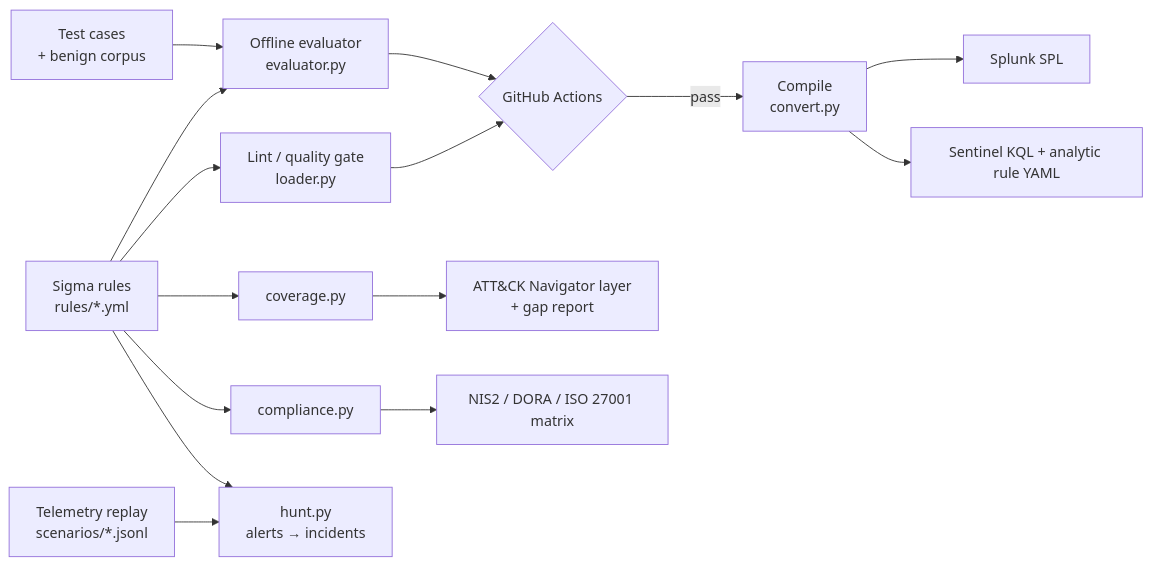
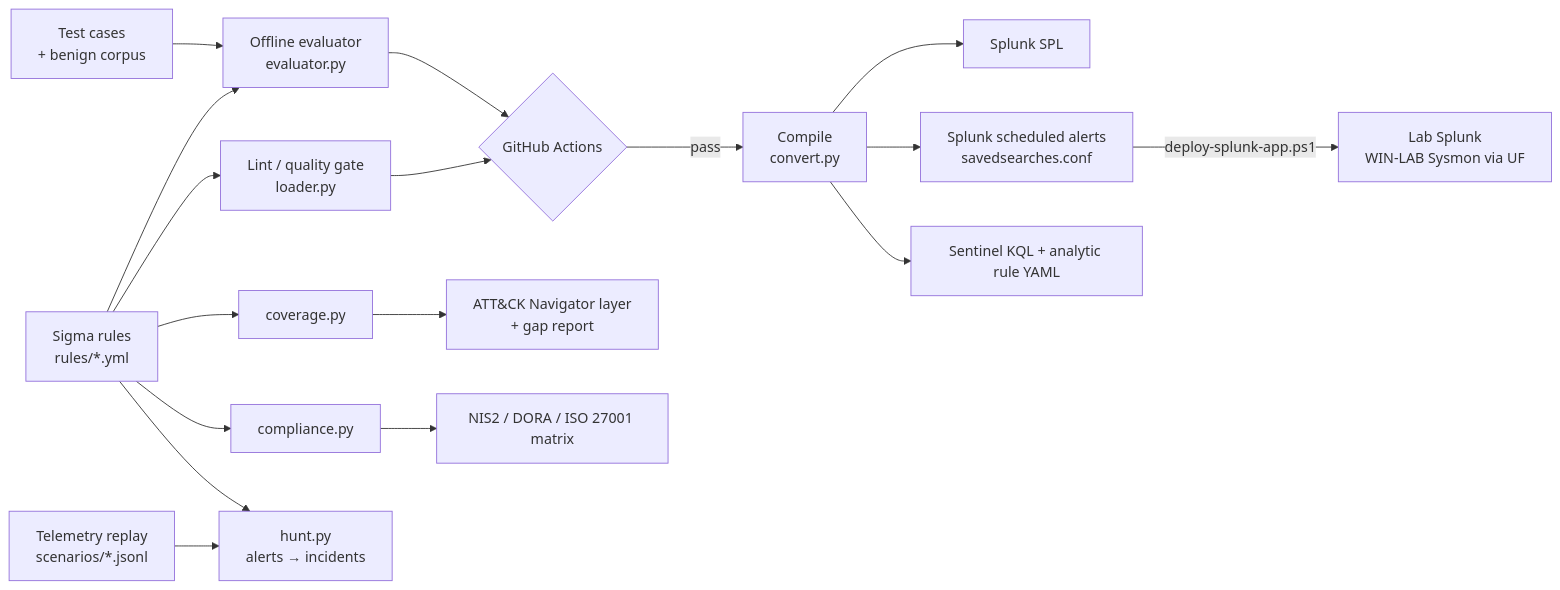
One commit to Praveenkumarbayya/detectforge changed the diagram in README.md. Above: the diagram before and after it, drawn with Mermaid. The commit also changed other lines of this file and 7 other files, not shown here.

First line of the commit message:
Deploy DetectForge rules as live Splunk alerts in the lab

````diff
--- a/README.md
+++ b/README.md
@@ -25,15 +25,17 @@
 ```mermaid
 flowchart LR
   A[Sigma rules<br/>rules/*.yml] --> B[Lint / quality gate<br/>loader.py]
   A --> C[Offline evaluator<br/>evaluator.py]
   T[Test cases<br/>+ benign corpus] --> C
   B --> CI{GitHub Actions}
   C --> CI
   CI -->|pass| D[Compile<br/>convert.py]
   D --> S1[Splunk SPL]
+  D --> S3[Splunk scheduled alerts<br/>savedsearches.conf]
+  S3 -->|deploy-splunk-app.ps1| LAB[Lab Splunk<br/>WIN-LAB Sysmon via UF]
   D --> S2[Sentinel KQL + analytic rule YAML]
   A --> E[coverage.py] --> N[ATT&CK Navigator layer<br/>+ gap report]
   A --> G[compliance.py] --> M[NIS2 / DORA / ISO 27001 matrix]
   L[Telemetry replay<br/>scenarios/*.jsonl] --> H[hunt.py<br/>alerts → incidents]
   A --> H
 ```
````
